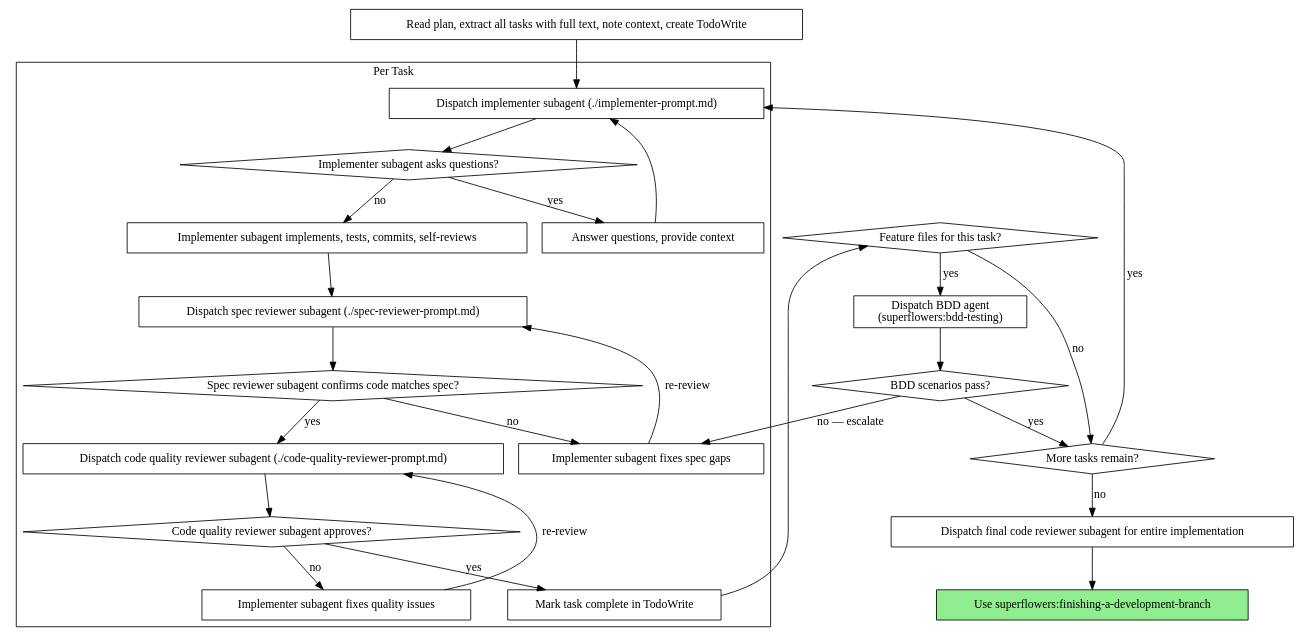
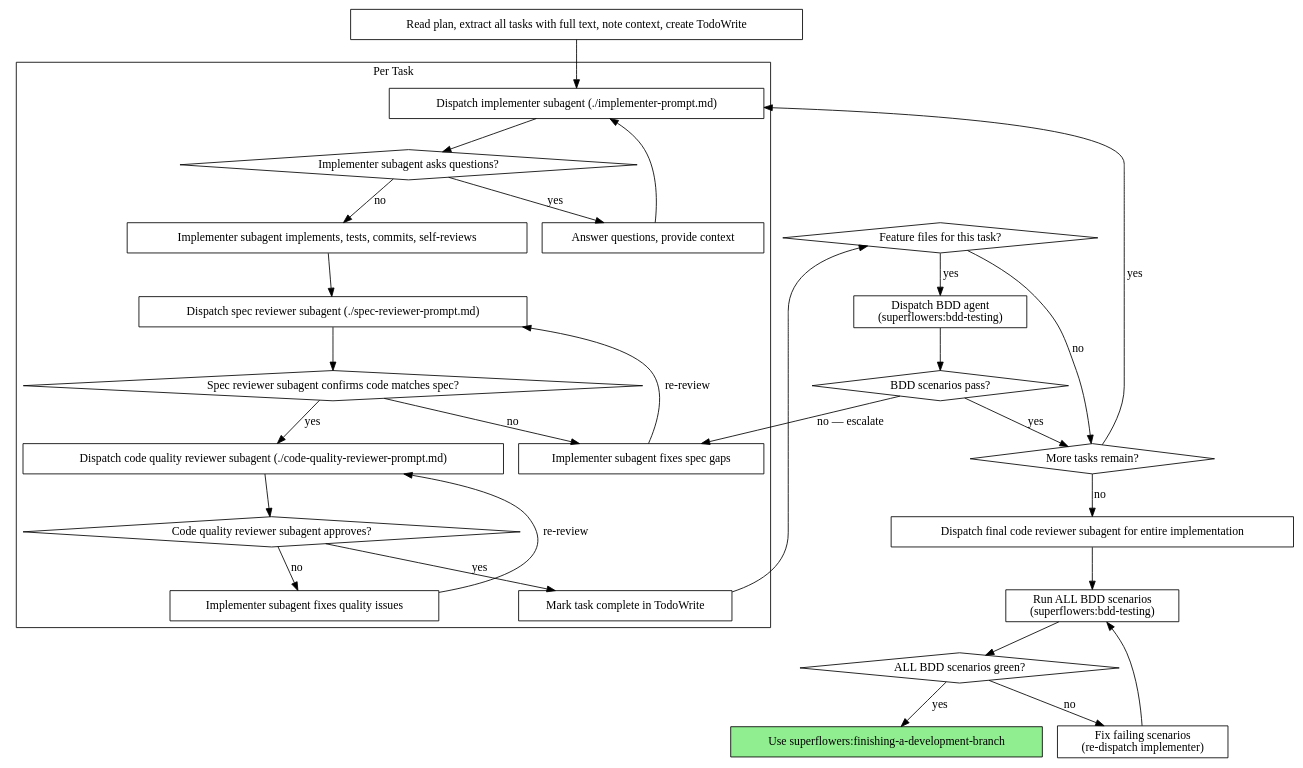
One commit to florian23/superflowers changed the second of 2 diagrams in skills/subagent-driven-development/SKILL.md. Above: the diagram before and after it, drawn with Graphviz. The commit also changed other lines of this file and 3 other files, not shown here.

````diff
--- a/skills/subagent-driven-development/SKILL.md
+++ b/skills/subagent-driven-development/SKILL.md
@@ -42,53 +42,61 @@
 ```dot
 digraph process {
     rankdir=TB;
 
     subgraph cluster_per_task {
         label="Per Task";
         "Dispatch implementer subagent (./implementer-prompt.md)" [shape=box];
         "Implementer subagent asks questions?" [shape=diamond];
         "Answer questions, provide context" [shape=box];
         "Implementer subagent implements, tests, commits, self-reviews" [shape=box];
         "Dispatch spec reviewer subagent (./spec-reviewer-prompt.md)" [shape=box];
         "Spec reviewer subagent confirms code matches spec?" [shape=diamond];
         "Implementer subagent fixes spec gaps" [shape=box];
         "Dispatch code quality reviewer subagent (./code-quality-reviewer-prompt.md)" [shape=box];
         "Code quality reviewer subagent approves?" [shape=diamond];
         "Implementer subagent fixes quality issues" [shape=box];
         "Mark task complete in TodoWrite" [shape=box];
     }
 
     "Read plan, extract all tasks with full text, note context, create TodoWrite" [shape=box];
     "More tasks remain?" [shape=diamond];
     "Dispatch final code reviewer subagent for entire implementation" [shape=box];
     "Use superflowers:finishing-a-development-branch" [shape=box style=filled fillcolor=lightgreen];
 
     "Read plan, extract all tasks with full text, note context, create TodoWrite" -> "Dispatch implementer subagent (./implementer-prompt.md)";
     "Dispatch implementer subagent (./implementer-prompt.md)" -> "Implementer subagent asks questions?";
     "Implementer subagent asks questions?" -> "Answer questions, provide context" [label="yes"];
     "Answer questions, provide context" -> "Dispatch implementer subagent (./implementer-prompt.md)";
     "Implementer subagent asks questions?" -> "Implementer subagent implements, tests, commits, self-reviews" [label="no"];
     "Implementer subagent implements, tests, commits, self-reviews" -> "Dispatch spec reviewer subagent (./spec-reviewer-prompt.md)";
     "Dispatch spec reviewer subagent (./spec-reviewer-prompt.md)" -> "Spec reviewer subagent confirms code matches spec?";
     "Spec reviewer subagent confirms code matches spec?" -> "Implementer subagent fixes spec gaps" [label="no"];
     "Implementer subagent fixes spec gaps" -> "Dispatch spec reviewer subagent (./spec-reviewer-prompt.md)" [label="re-review"];
     "Spec reviewer subagent confirms code matches spec?" -> "Dispatch code quality reviewer subagent (./code-quality-reviewer-prompt.md)" [label="yes"];
     "Dispatch code quality reviewer subagent (./code-quality-reviewer-prompt.md)" -> "Code quality reviewer subagent approves?";
     "Code quality reviewer subagent approves?" -> "Implementer subagent fixes quality issues" [label="no"];
     "Implementer subagent fixes quality issues" -> "Dispatch code quality reviewer subagent (./code-quality-reviewer-prompt.md)" [label="re-review"];
     "Code quality reviewer subagent approves?" -> "Mark task complete in TodoWrite" [label="yes"];
     "Feature files for this task?" [shape=diamond];
     "Dispatch BDD agent\n(superflowers:bdd-testing)" [shape=box];
     "BDD scenarios pass?" [shape=diamond];
 
     "Mark task complete in TodoWrite" -> "Feature files for this task?";
     "Feature files for this task?" -> "Dispatch BDD agent\n(superflowers:bdd-testing)" [label="yes"];
     "Feature files for this task?" -> "More tasks remain?" [label="no"];
     "Dispatch BDD agent\n(superflowers:bdd-testing)" -> "BDD scenarios pass?";
     "BDD scenarios pass?" -> "More tasks remain?" [label="yes"];
     "BDD scenarios pass?" -> "Implementer subagent fixes spec gaps" [label="no — escalate"];
+    "Run ALL BDD scenarios\n(superflowers:bdd-testing)" [shape=box];
+    "ALL BDD scenarios green?" [shape=diamond];
+    "Fix failing scenarios\n(re-dispatch implementer)" [shape=box];
+
     "More tasks remain?" -> "Dispatch implementer subagent (./implementer-prompt.md)" [label="yes"];
     "More tasks remain?" -> "Dispatch final code reviewer subagent for entire implementation" [label="no"];
-    "Dispatch final code reviewer subagent for entire implementation" -> "Use superflowers:finishing-a-development-branch";
+    "Dispatch final code reviewer subagent for entire implementation" -> "Run ALL BDD scenarios\n(superflowers:bdd-testing)";
+    "Run ALL BDD scenarios\n(superflowers:bdd-testing)" -> "ALL BDD scenarios green?";
+    "ALL BDD scenarios green?" -> "Use superflowers:finishing-a-development-branch" [label="yes"];
+    "ALL BDD scenarios green?" -> "Fix failing scenarios\n(re-dispatch implementer)" [label="no"];
+    "Fix failing scenarios\n(re-dispatch implementer)" -> "Run ALL BDD scenarios\n(superflowers:bdd-testing)";
 }
 ```
````
